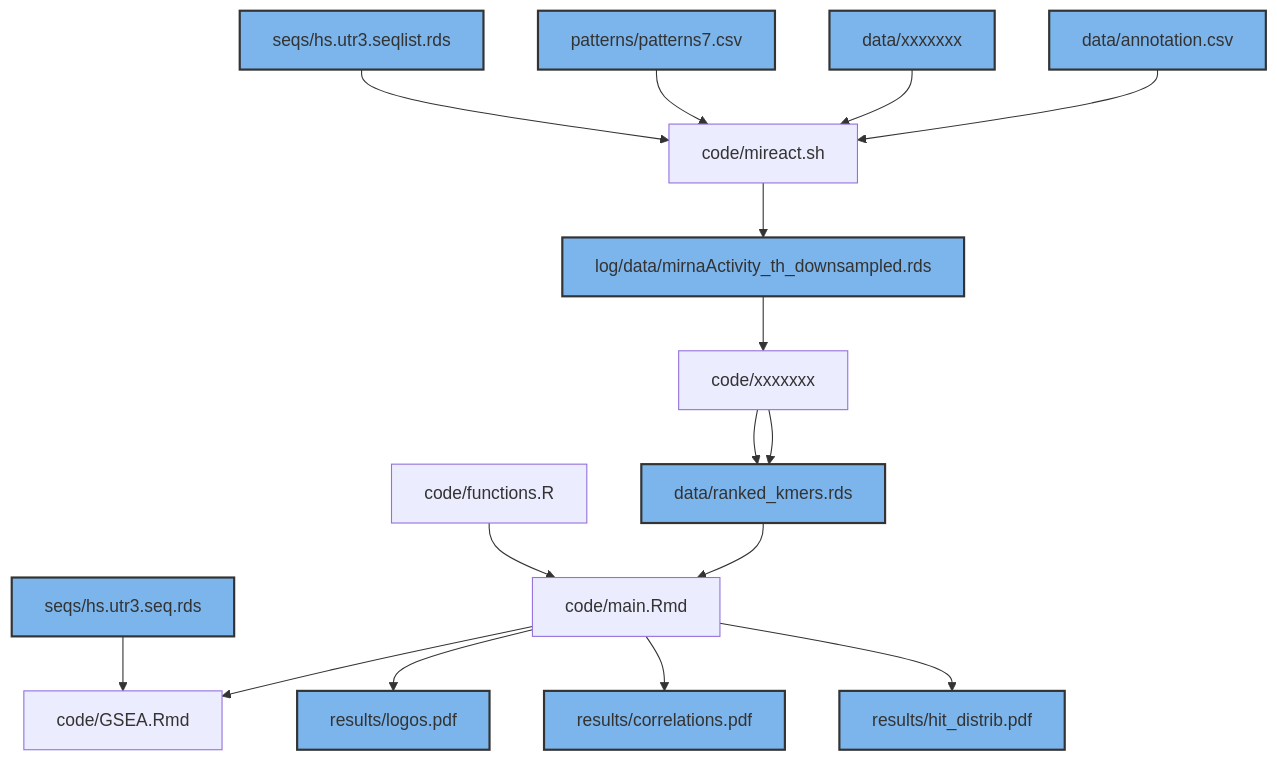
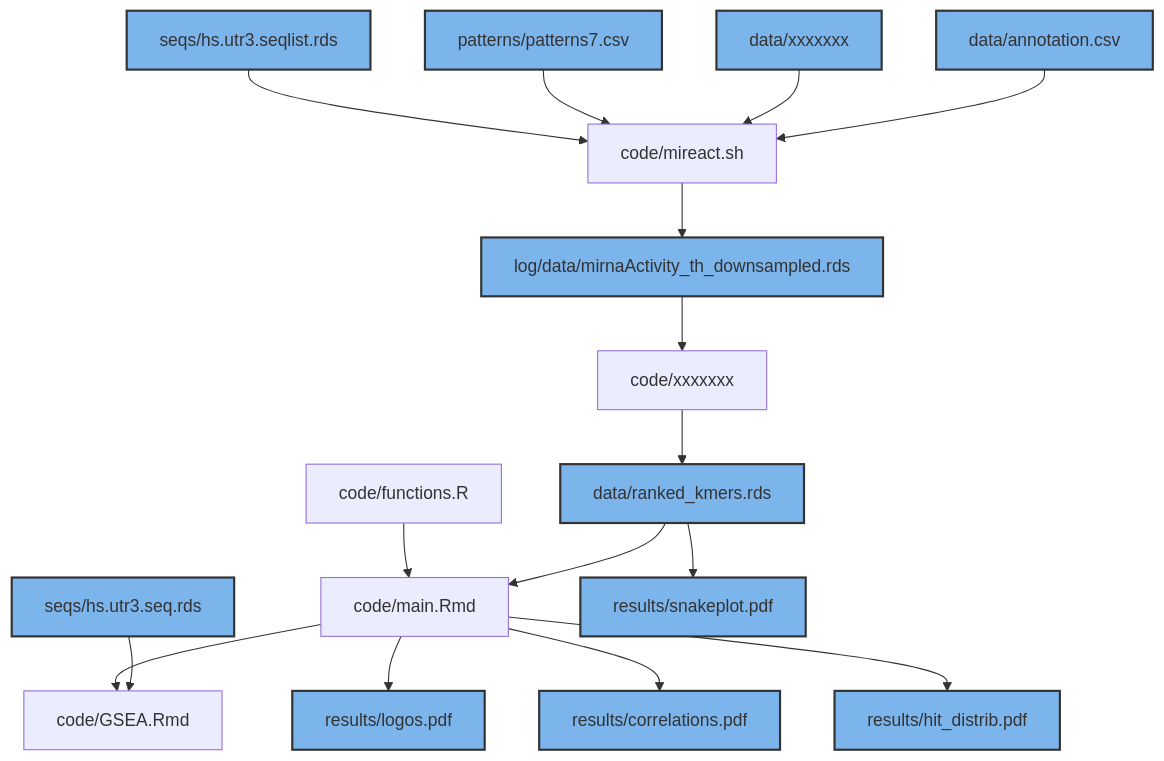
The diagram in README.md (PaulaRodrigoMartin/SMLB), drawn with Mermaid before and after one commit.

````diff
--- a/README.md
+++ b/README.md
@@ -1,47 +1,49 @@
 ```mermaid
 graph TD;
     seqlist[seqs/hs.utr3.seqlist.rds]
     seqs[seqs/hs.utr3.seq.rds]
     mireact_input[data/xxxxxxx]
     miReact_output[log/data/mirnaActivity_th_downsampled.rds]
     7mers[patterns/patterns7.csv]
     annotation[data/annotation.csv]
     miReact[code/mireact.sh]
     rank[code/xxxxxxx]
     functions[code/functions.R]
     main_notebook[code/main.Rmd]
     GSEA[code/GSEA.Rmd]
     logos[results/logos.pdf]
     corrm[results/correlations.pdf]
     distrib[results/hit_distrib.pdf]
     ranked_seqs[data/ranked_kmers.rds]
+    snakeplot[results/snakeplot.pdf]
     
 
     style seqlist fill:#7cb5ec,stroke:#333,stroke-width:2px;
     style miReact_output fill:#7cb5ec,stroke:#333,stroke-width:2px;
     style 7mers fill:#7cb5ec,stroke:#333,stroke-width:2px;
     style mireact_input fill:#7cb5ec,stroke:#333,stroke-width:2px;
     style seqs fill:#7cb5ec,stroke:#333,stroke-width:2px;
     style annotation fill:#7cb5ec,stroke:#333,stroke-width:2px;
     style logos fill:#7cb5ec,stroke:#333,stroke-width:2px;
     style corrm fill:#7cb5ec,stroke:#333,stroke-width:2px;
     style distrib fill:#7cb5ec,stroke:#333,stroke-width:2px;
     style ranked_seqs fill:#7cb5ec,stroke:#333,stroke-width:2px;
+    style snakeplot fill:#7cb5ec,stroke:#333,stroke-width:2px;
 
     seqlist-->miReact
     7mers-->miReact
     mireact_input-->miReact
     annotation-->miReact
     miReact-->miReact_output
     functions-->main_notebook
     main_notebook-->GSEA
     main_notebook-->logos
     main_notebook-->corrm
     main_notebook-->distrib
     seqs-->GSEA
-    rank--> ranked_seqs
+    ranked_seqs--> snakeplot
     miReact_output-->rank
     rank-->ranked_seqs
     ranked_seqs-->main_notebook
 
 ```
````
